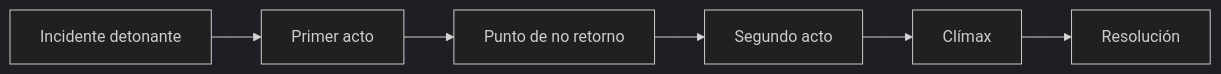
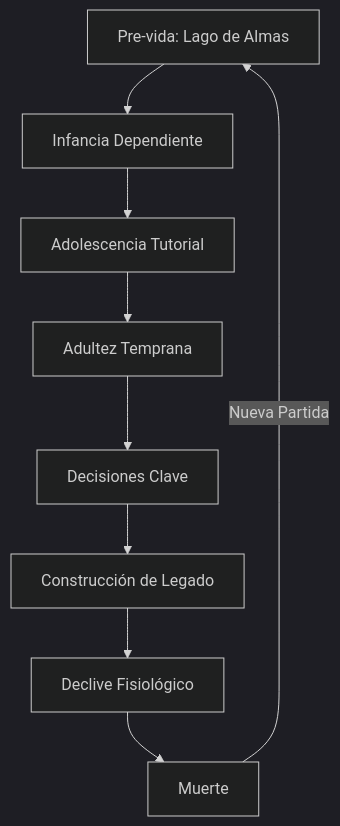
One commit to felipedelosh/GamePython changed the diagram in Docs/GameBible/readme.md. Above: the diagram before and after it, drawn with Mermaid (dark theme). The commit also changed other lines of this file, not shown here.

````diff
--- a/Docs/GameBible/readme.md
+++ b/Docs/GameBible/readme.md
@@ -62,8 +63,11 @@
 ```mermaid
-graph LR
-A[Incidente detonante] --> B[Primer acto]
-B --> C[Punto de no retorno]
-C --> D[Segundo acto]
-D --> E[Clímax]
-E --> F[Resolución]
+graph TD
+    A[Pre-vida: Lago de Almas] --> B[Infancia Dependiente]
+    B --> C[Adolescencia Tutorial]
+    C --> D[Adultez Temprana]
+    D --> E[Decisiones Clave]
+    E --> F[Construcción de Legado]
+    F --> G[Declive Fisiológico]
+    G --> H[Muerte]
+    H -->|Nueva Partida| A
 ```
````
